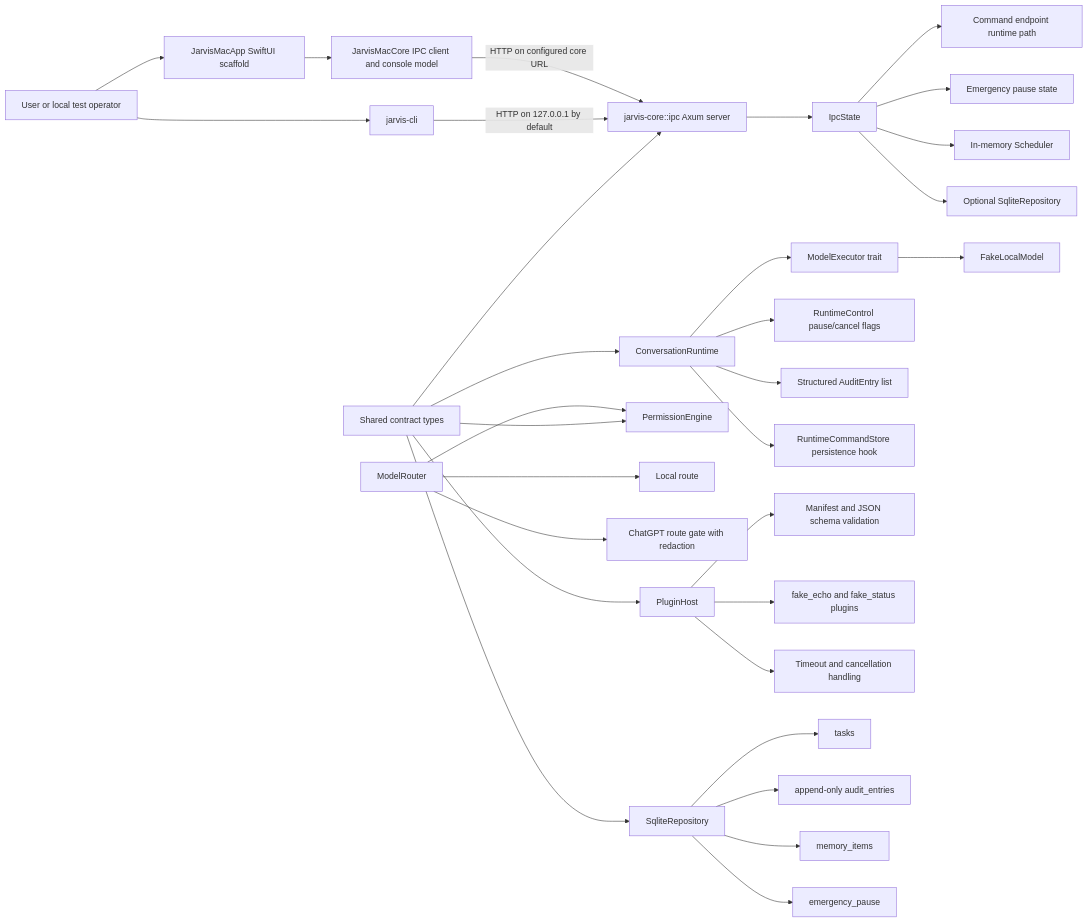
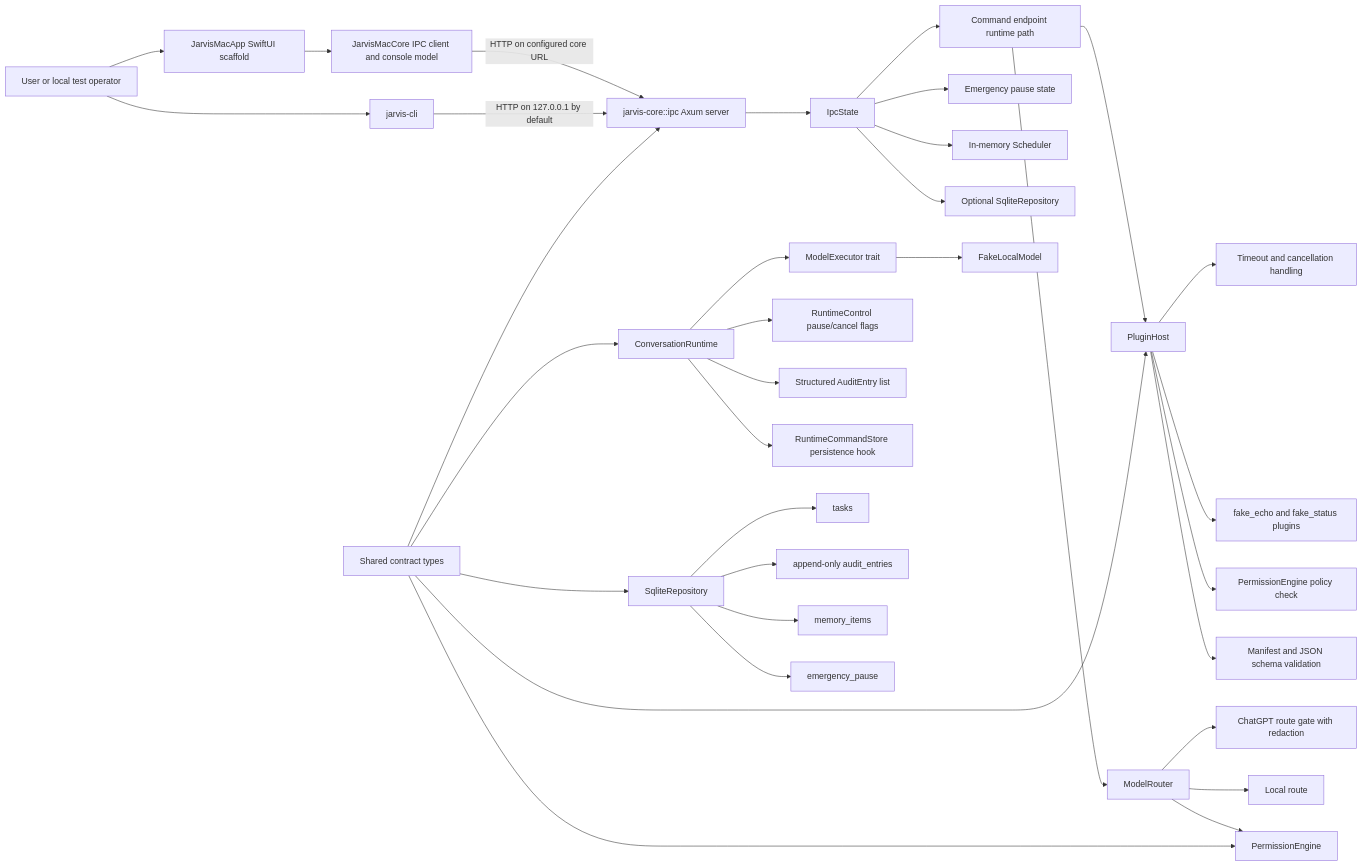
The first of 4 diagrams in docs/architecture-map.md (malak333/Assemblywright), drawn with Mermaid before and after one commit. The commit also changed other lines of this file and 6 other files, not shown here.

Commit message:
Wire command route and plugin audit path

````diff
--- a/docs/architecture-map.md
+++ b/docs/architecture-map.md
@@ -11,39 +11,42 @@
 ```mermaid
 flowchart LR
     User["User or local test operator"] --> CLI["jarvis-cli"]
     User --> MacShell["JarvisMacApp SwiftUI scaffold"]
     MacShell --> MacCore["JarvisMacCore IPC client and console model"]
     MacCore -->|HTTP on configured core URL| IPC
     CLI -->|HTTP on 127.0.0.1 by default| IPC["jarvis-core::ipc Axum server"]
 
     IPC --> IpcState["IpcState"]
     IpcState --> RuntimePath["Command endpoint runtime path"]
     IpcState --> Pause["Emergency pause state"]
     IpcState --> Scheduler["In-memory Scheduler"]
     IpcState --> RepoState["Optional SqliteRepository"]
+    RuntimePath --> Router
+    RuntimePath --> PluginHost
 
     Runtime["ConversationRuntime"] --> ModelExec["ModelExecutor trait"]
     ModelExec --> FakeLocal["FakeLocalModel"]
     Runtime --> RuntimeControl["RuntimeControl pause/cancel flags"]
     Runtime --> RuntimeAudit["Structured AuditEntry list"]
     Runtime --> RuntimeStore["RuntimeCommandStore persistence hook"]
 
     Router["ModelRouter"] --> Policy["PermissionEngine"]
     Router --> LocalRoute["Local route"]
     Router --> ChatGPTGate["ChatGPT route gate with redaction"]
 
     PluginHost["PluginHost"] --> ManifestValidation["Manifest and JSON schema validation"]
+    PluginHost --> PluginPolicy["PermissionEngine policy check"]
     PluginHost --> FirstParty["fake_echo and fake_status plugins"]
     PluginHost --> TimeoutCancel["Timeout and cancellation handling"]
 
     Repo["SqliteRepository"] --> Tasks["tasks"]
     Repo --> Audit["append-only audit_entries"]
     Repo --> Memory["memory_items"]
     Repo --> StoredPause["emergency_pause"]
 
     Types["Shared contract types"] --> Runtime
     Types --> IPC
     Types --> Policy
     Types --> Repo
     Types --> PluginHost
 ```
````
